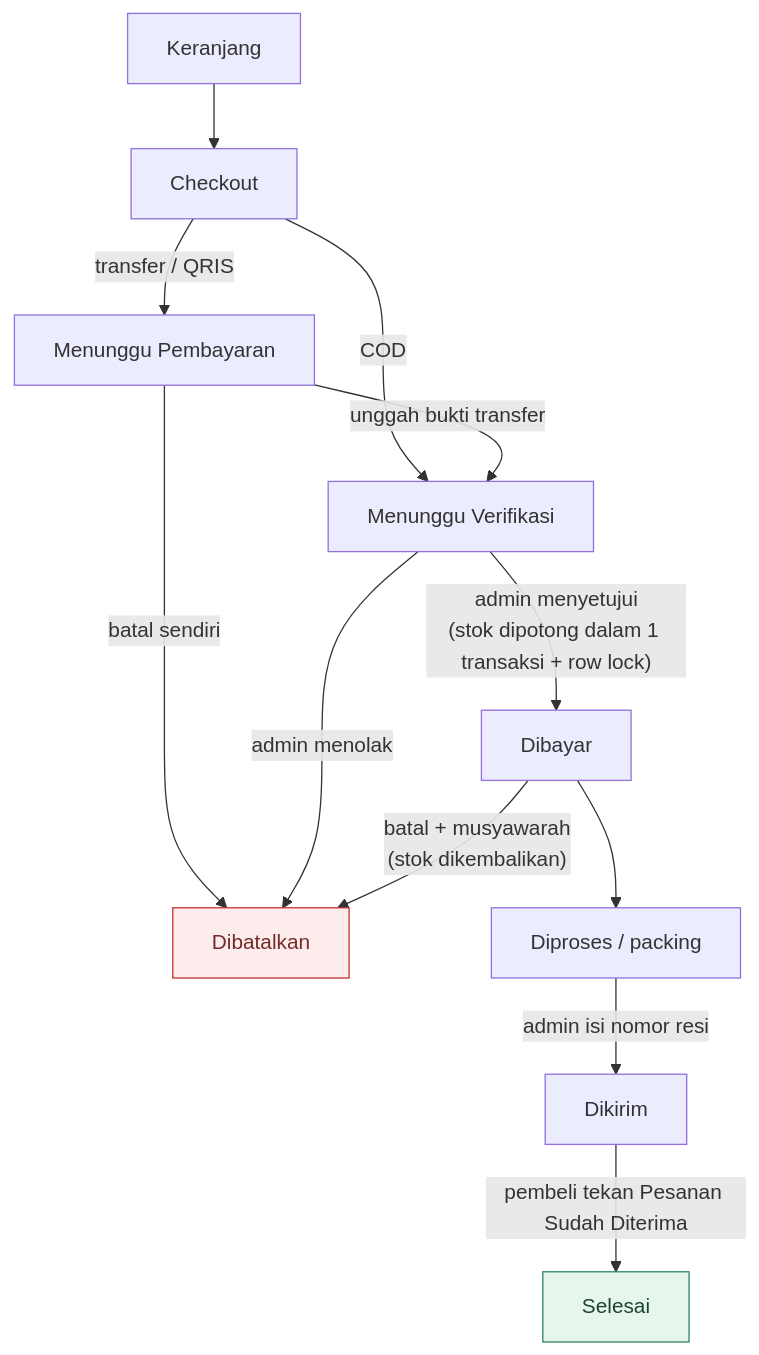
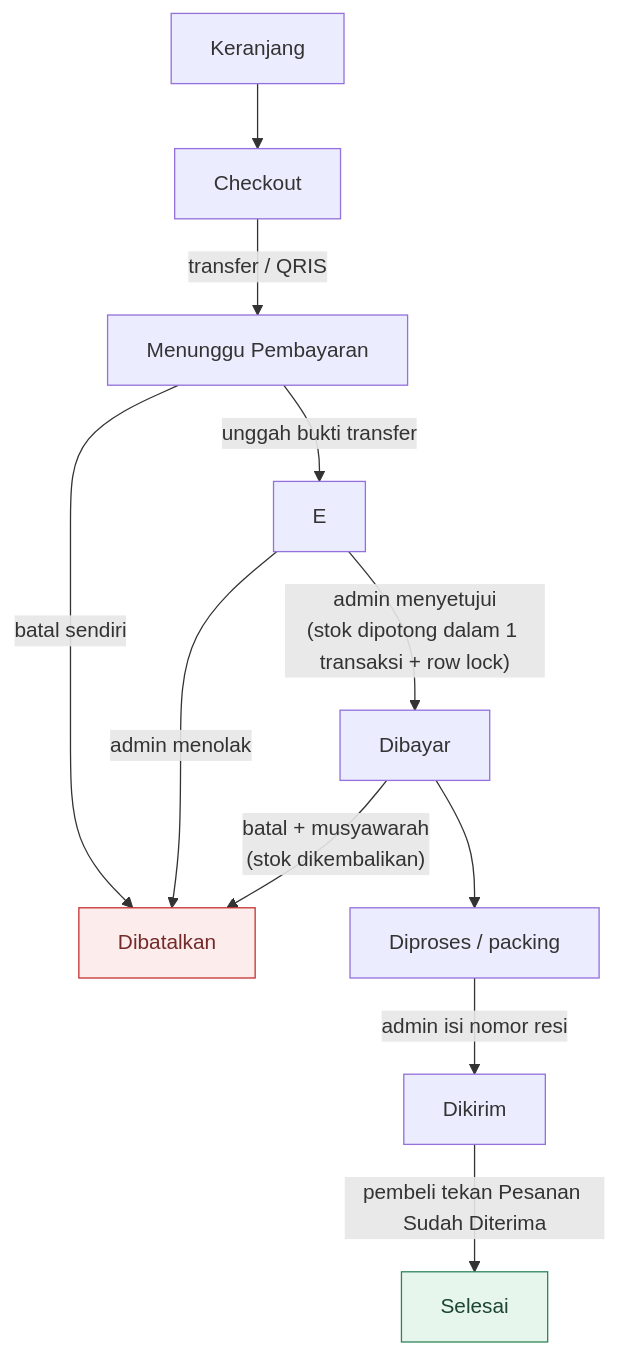
Before and after one commit to demzmaujadfullstack/bookspace: the first of 2 diagrams in README.md, drawn with Mermaid. The commit also changed other lines of this file and 37 other files, not shown here.

````diff
--- a/README.md
+++ b/README.md
@@ -119,19 +119,18 @@
 ```mermaid
 flowchart TD
     A[Keranjang] --> B[Checkout]
     B -->|"transfer / QRIS"| C[Menunggu Pembayaran]
-    B -->|COD| E[Menunggu Verifikasi]
     C -->|"unggah bukti transfer"| E
     C -->|"batal sendiri"| X[Dibatalkan]
     E -->|"admin menolak"| X
     E -->|"admin menyetujui<br/>(stok dipotong dalam 1 transaksi + row lock)"| D[Dibayar]
     D -->|"batal + musyawarah<br/>(stok dikembalikan)"| X
     D --> F[Diproses / packing]
     F -->|"admin isi nomor resi"| G[Dikirim]
     G -->|"pembeli tekan Pesanan Sudah Diterima"| H[Selesai]
 
     classDef done fill:#e7f6ec,stroke:#2f855a,color:#1c4532;
     classDef stop fill:#fdecec,stroke:#c53030,color:#742a2a;
     class H done;
     class X stop;
 ```
````
